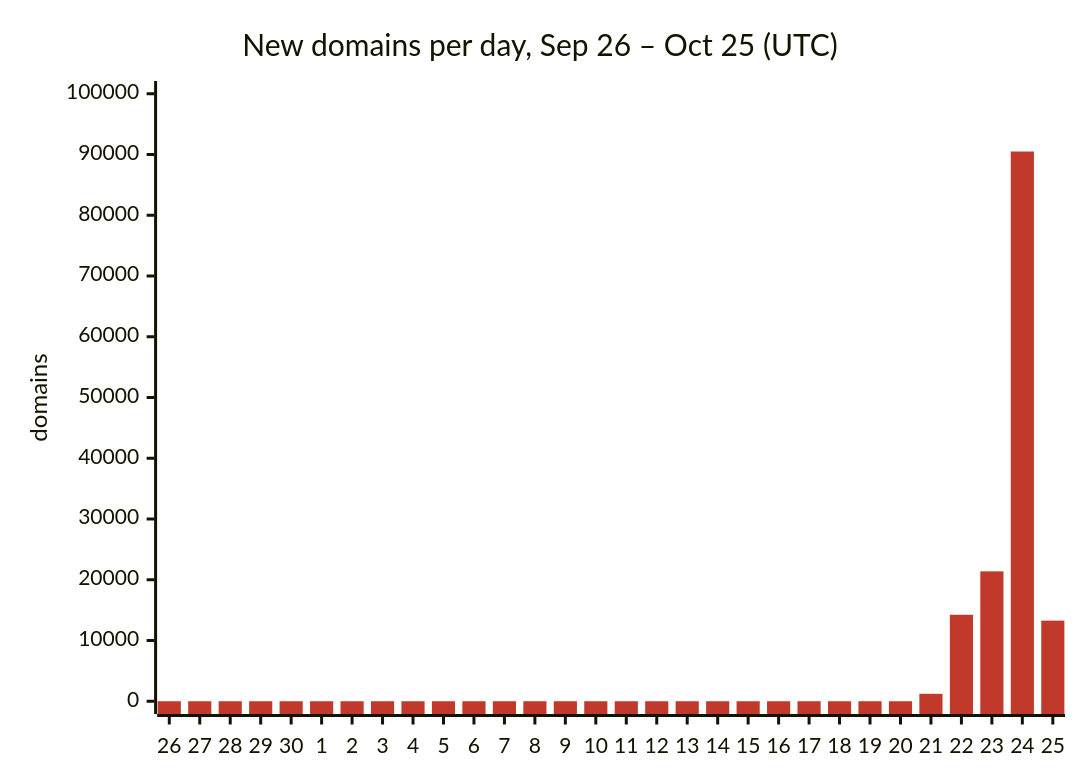
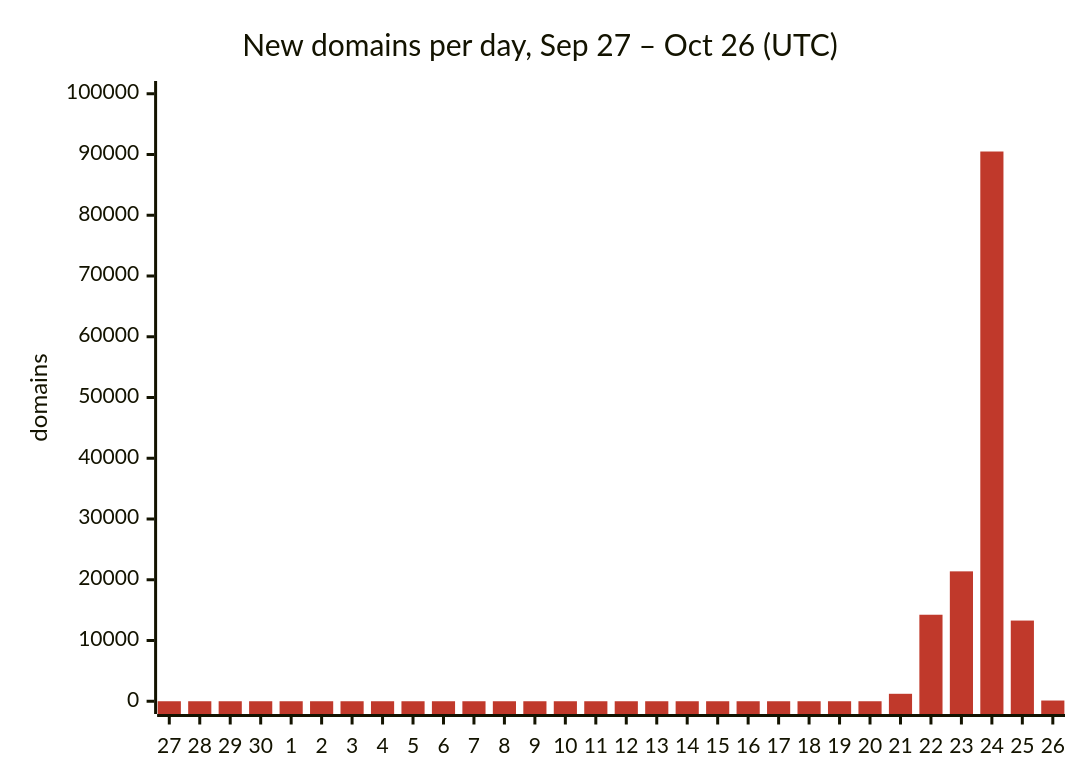
The first of 3 diagrams in README.md (DNSBunker/CTI), drawn with Mermaid before and after one commit. The commit also changed other lines of this file and 3 other files, not shown here.

First line of the commit message:
Update 2026-10-26 00:13 UTC: 574612 domains

````diff
--- a/README.md
+++ b/README.md
@@ -29,8 +29,8 @@
 ```mermaid
 %%{init: {"themeVariables": {"xyChart": {"plotColorPalette": "#c0392b"}}}}%%
 xychart-beta
-    title "New domains per day, Sep 26 – Oct 25 (UTC)"
-    x-axis ["26", "27", "28", "29", "30", "1", "2", "3", "4", "5", "6", "7", "8", "9", "10", "11", "12", "13", "14", "15", "16", "17", "18", "19", "20", "21", "22", "23", "24", "25"]
+    title "New domains per day, Sep 27 – Oct 26 (UTC)"
+    x-axis ["27", "28", "29", "30", "1", "2", "3", "4", "5", "6", "7", "8", "9", "10", "11", "12", "13", "14", "15", "16", "17", "18", "19", "20", "21", "22", "23", "24", "25", "26"]
     y-axis "domains" 0 --> 100000
-    bar [0, 0, 0, 0, 0, 0, 0, 0, 0, 0, 0, 0, 0, 0, 0, 0, 0, 0, 0, 0, 0, 0, 0, 0, 0, 1227, 14240, 21381, 90492, 13272]
+    bar [0, 0, 0, 0, 0, 0, 0, 0, 0, 0, 0, 0, 0, 0, 0, 0, 0, 0, 0, 0, 0, 0, 0, 0, 1227, 14240, 21381, 90492, 13281, 118]
 ```
````
